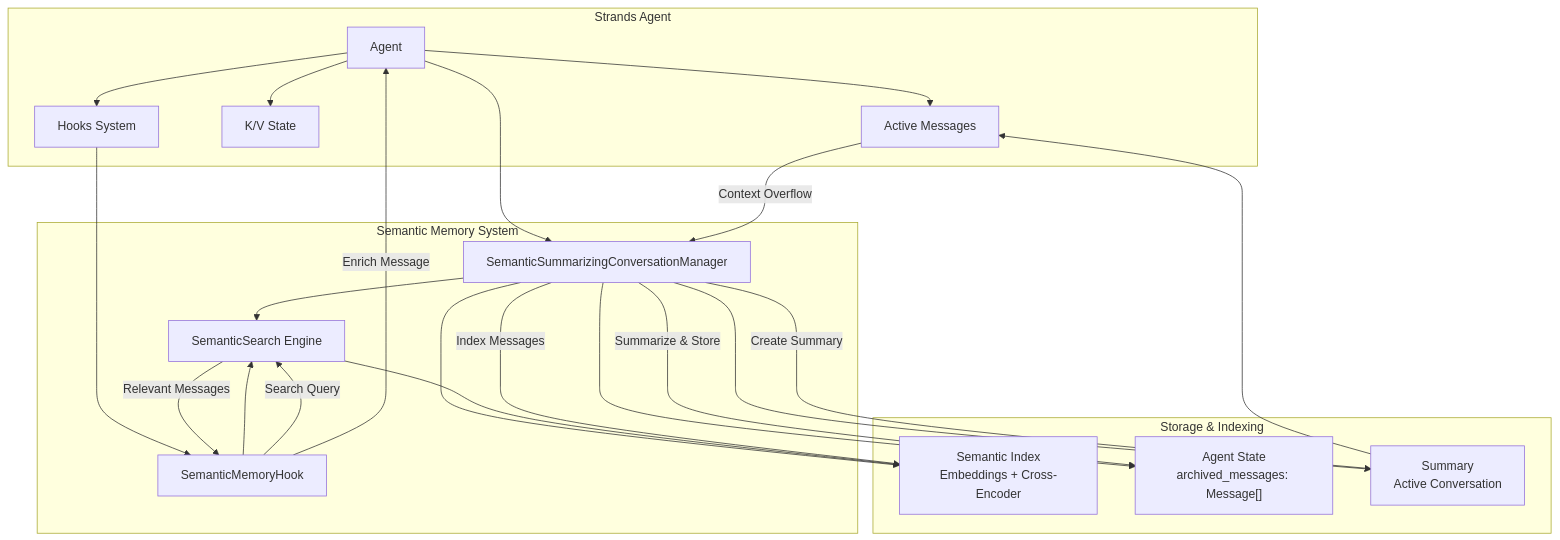
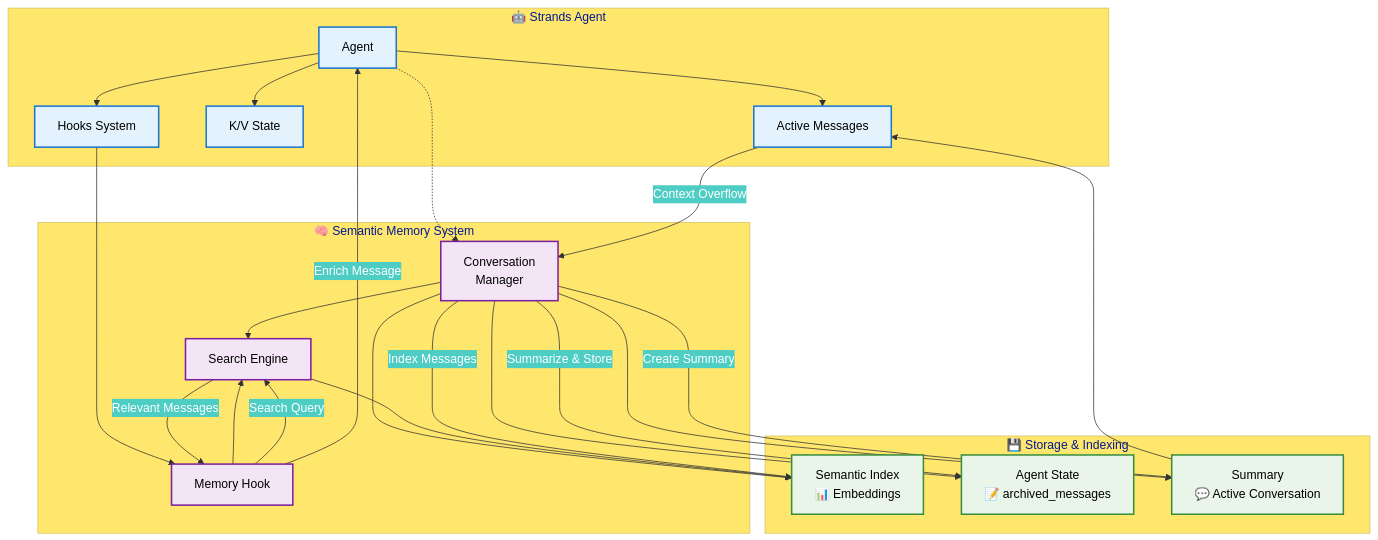
Before and after one commit to danilop/strands-agents-semantic-summarizing-conversation-manager: the first of 2 diagrams in README.md, drawn with Mermaid. The commit also changed other lines of this file, not shown here.

````diff
--- a/README.md
+++ b/README.md
@@ -112,39 +112,57 @@
 ```mermaid
+%%{init: {"theme": "base", "themeVariables": {"primaryColor": "#ff6b6b", "primaryTextColor": "#fff", "primaryBorderColor": "#ff5252", "lineColor": "#333", "secondaryColor": "#4ecdc4", "tertiaryColor": "#ffe66d", "background": "#f8f9fa", "mainBkg": "#ffffff", "secondBkg": "#f1f3f4"}}}%%
 graph TB
-    subgraph "Strands Agent"
-        A[Agent] --> B[Active Messages]
-        A --> C[K/V State]
-        A --> D[Hooks System]
+    %% Define node styles
+    classDef agentStyle fill:#e3f2fd,stroke:#1976d2,stroke-width:2px,color:#000
+    classDef memoryStyle fill:#f3e5f5,stroke:#7b1fa2,stroke-width:2px,color:#000
+    classDef storageStyle fill:#e8f5e8,stroke:#388e3c,stroke-width:2px,color:#000
+
+    subgraph SA["🤖 Strands Agent"]
+        A[Agent]
+        B[Active Messages]
+        C[K/V State]
+        D[Hooks System]
     end
 
-    subgraph "Semantic Memory System"
-        E[SemanticSummarizingConversationManager]
-        F[SemanticMemoryHook]
-        G[SemanticSearch Engine]
+    subgraph SMS["🧠 Semantic Memory System"]
+        E[Conversation<br/>Manager]
+        F[Memory Hook]
+        G[Search Engine]
     end
 
-    subgraph "Storage & Indexing"
-        H[Semantic Index<br/>Embeddings + Cross-Encoder]
-        I["Agent State<br/>archived_messages: Message[]"]
-        J[Summary<br/>Active Conversation]
+    subgraph SI["💾 Storage & Indexing"]
+        H[Semantic Index<br/>📊 Embeddings]
+        I[Agent State<br/>📝 archived_messages]
+        J[Summary<br/>💬 Active Conversation]
     end
 
-    A --> E
+    %% Apply styles
+    class A,B,C,D agentStyle
+    class E,F,G memoryStyle
+    class H,I,J storageStyle
+
+    %% Internal connections
+    A --> B
+    A --> C
+    A --> D
+
+    %% System connections
+    A -.-> E
     D --> F
     E --> G
     E --> H
     E --> I
     E --> J
     F --> G
     G --> H
 
-    B --> |Context Overflow| E
-    E --> |Summarize & Store| I
-    E --> |Index Messages| H
-    E --> |Create Summary| J
+    %% Flow connections
+    B -->|Context Overflow| E
+    E -->|Summarize & Store| I
+    E -->|Index Messages| H
+    E -->|Create Summary| J
     J --> B
-
-    F --> |Search Query| G
-    G --> |Relevant Messages| F
-    F --> |Enrich Message| A
+    F -->|Search Query| G
+    G -->|Relevant Messages| F
+    F -->|Enrich Message| A
 ```
````
